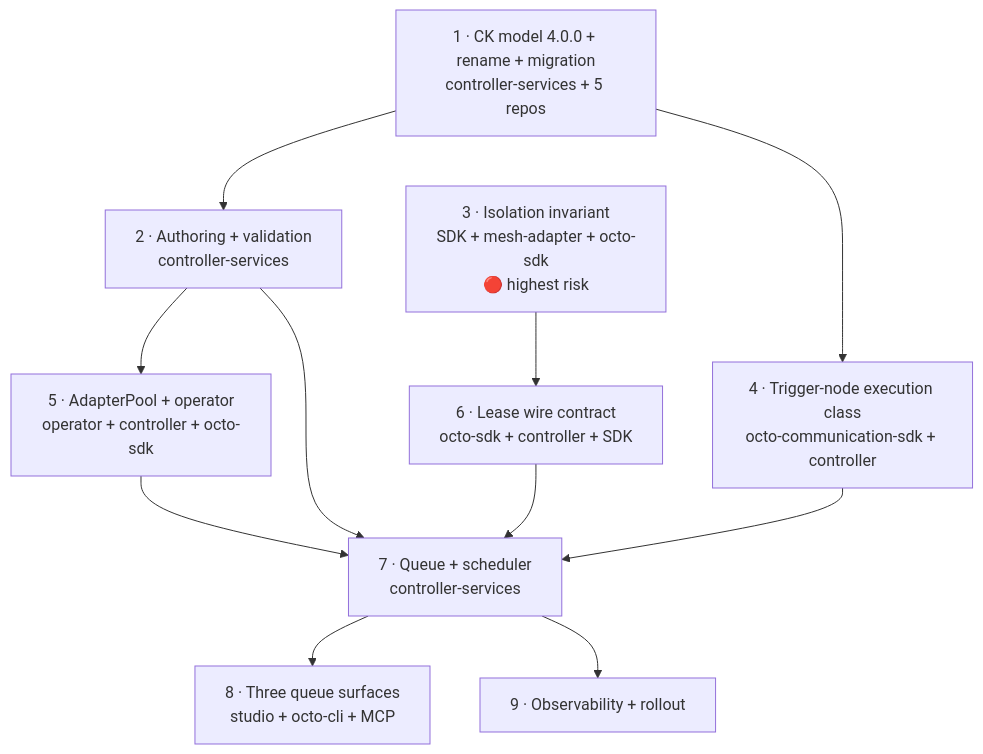
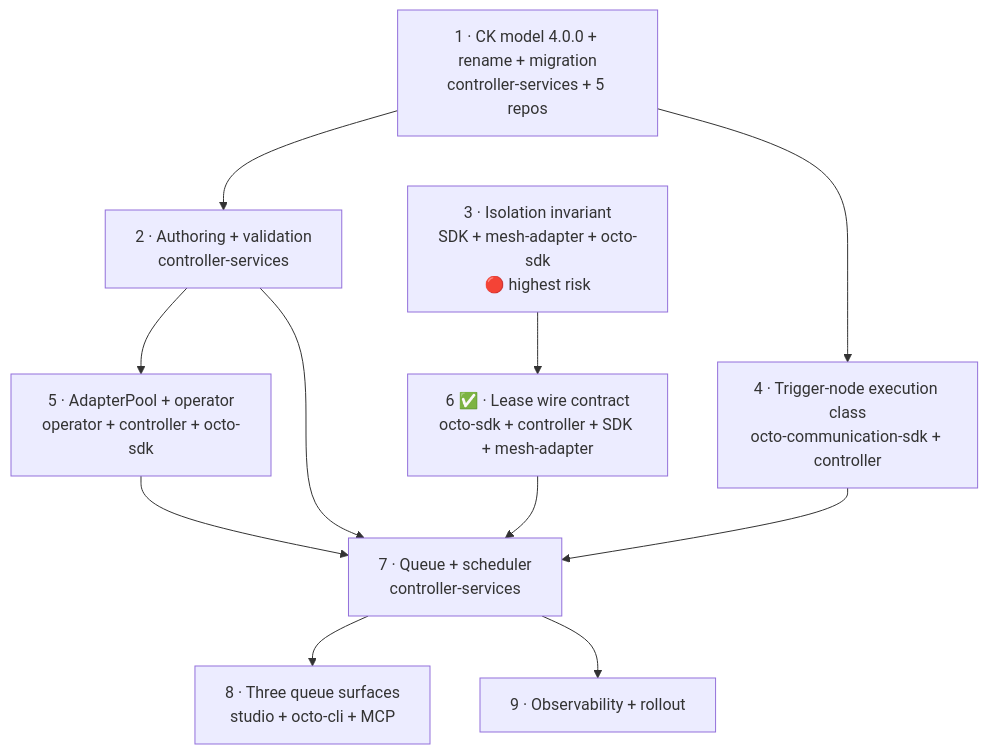
Before and after one commit to meshmakers/octo-communication-controller-services: the diagram in docs/concepts/shared-adapter-leasing-implementation.md, drawn with Mermaid. The commit also changed other lines of this file and 24 other files, not shown here.

````diff
--- a/docs/concepts/shared-adapter-leasing-implementation.md
+++ b/docs/concepts/shared-adapter-leasing-implementation.md
@@ -48,22 +48,22 @@
 ```mermaid
 graph TD
     I1["1 · CK model 4.0.0 + rename + migration<br/>controller-services + 5 repos"]
     I2["2 · Authoring + validation<br/>controller-services"]
     I3["3 · Isolation invariant<br/>SDK + mesh-adapter + octo-sdk<br/>🔴 highest risk"]
     I4["4 · Trigger-node execution class<br/>octo-communication-sdk + controller"]
     I5["5 · AdapterPool + operator<br/>operator + controller + octo-sdk"]
-    I6["6 · Lease wire contract<br/>octo-sdk + controller + SDK"]
+    I6["6 ✅ · Lease wire contract<br/>octo-sdk + controller + SDK + mesh-adapter"]
     I7["7 · Queue + scheduler<br/>controller-services"]
     I8["8 · Three queue surfaces<br/>studio + octo-cli + MCP"]
     I9["9 · Observability + rollout"]
     I1 --> I2
     I1 --> I4
     I2 --> I5
     I2 --> I7
     I3 --> I6
     I4 --> I7
     I5 --> I7
     I6 --> I7
     I7 --> I8
     I7 --> I9
 ```
````
